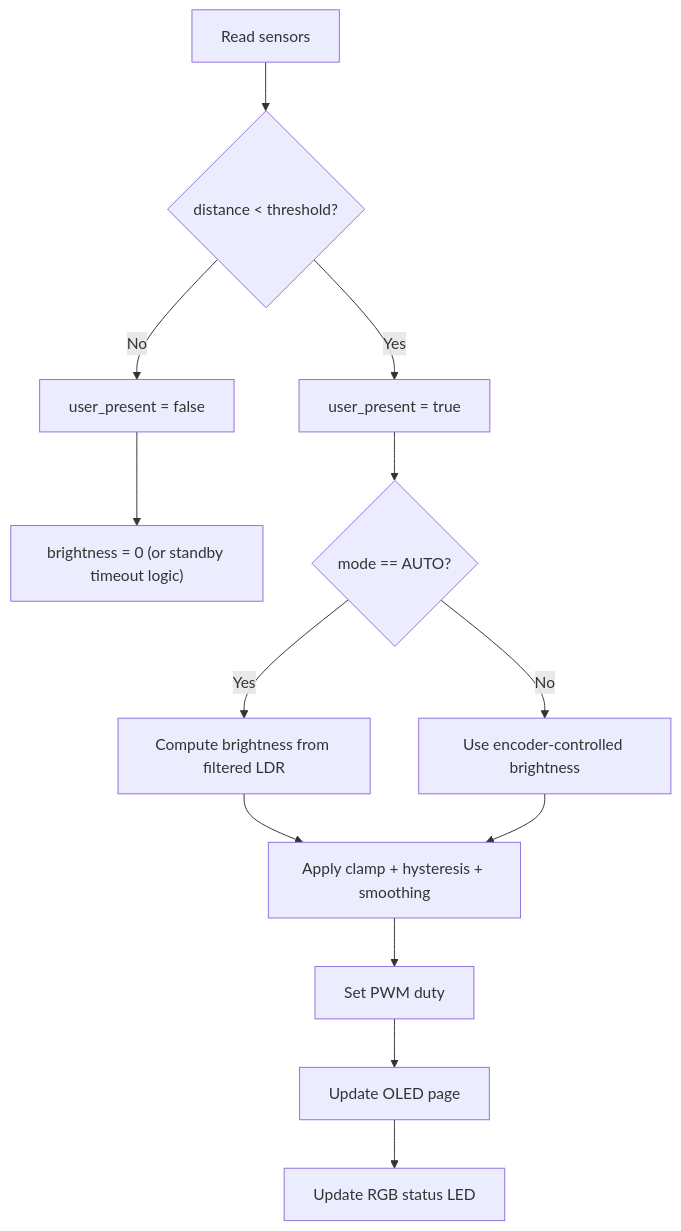
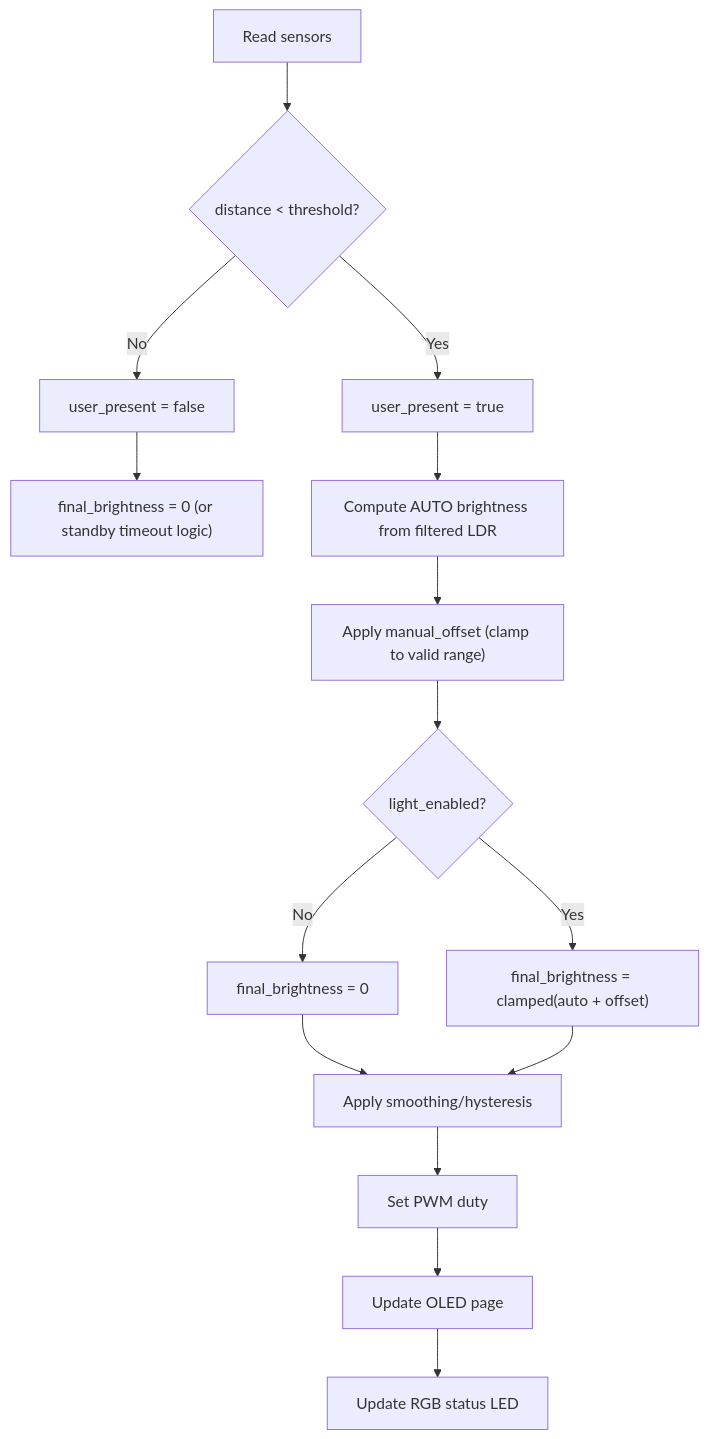
Before and after one commit to RJTPP/S-ADAPT-IoT: the first of 2 diagrams in docs/architecture/Business Logic.md, drawn with Mermaid. The commit also changed other lines of this file and 3 other files, not shown here.

Commit message:
docs(planning): define auto-plus-offset control and overlay behavior

````diff
--- a/docs/architecture/Business Logic.md
+++ b/docs/architecture/Business Logic.md
@@ -24,15 +28,17 @@
 ```mermaid
 flowchart TD
     A["Read sensors"] --> B{"distance < threshold?"}
     B -- "No" --> C["user_present = false"]
-    C --> D["brightness = 0 (or standby timeout logic)"]
+    C --> D["final_brightness = 0 (or standby timeout logic)"]
     B -- "Yes" --> E["user_present = true"]
-    E --> F{"mode == AUTO?"}
-    F -- "Yes" --> G["Compute brightness from filtered LDR"]
-    F -- "No" --> H["Use encoder-controlled brightness"]
-    G --> I["Apply clamp + hysteresis + smoothing"]
-    H --> I
-    I --> J["Set PWM duty"]
-    J --> K["Update OLED page"]
-    K --> L["Update RGB status LED"]
+    E --> F["Compute AUTO brightness from filtered LDR"]
+    F --> G["Apply manual_offset (clamp to valid range)"]
+    G --> H{"light_enabled?"}
+    H -- "No" --> I["final_brightness = 0"]
+    H -- "Yes" --> J["final_brightness = clamped(auto + offset)"]
+    I --> K["Apply smoothing/hysteresis"]
+    J --> K
+    K --> L["Set PWM duty"]
+    L --> M["Update OLED page"]
+    M --> N["Update RGB status LED"]
 ```
````
